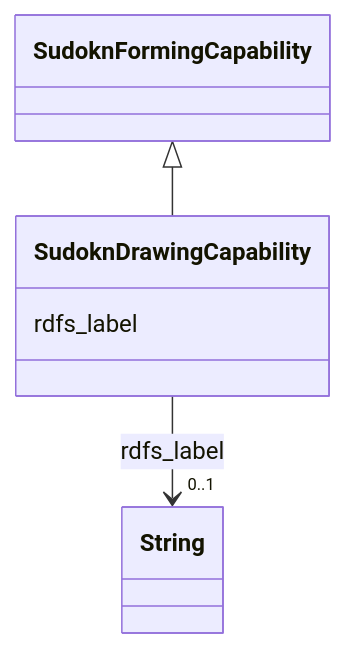
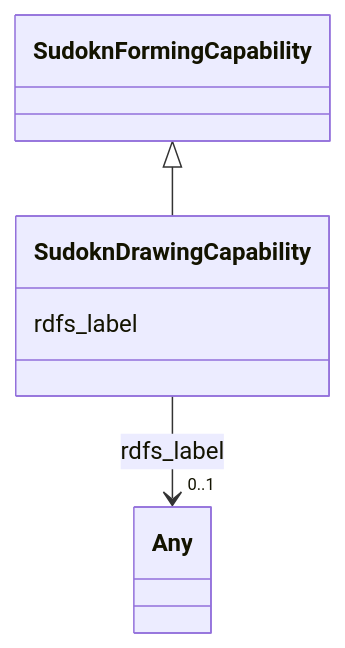
The diagram in sudokn-kg/classes/SudoknDrawingCapability.md (frink-okn/graph-descriptions), drawn with Mermaid before and after one commit. The commit also changed other lines of this file and 903 other files, not shown here.

````diff
--- a/sudokn-kg/classes/SudoknDrawingCapability.md
+++ b/sudokn-kg/classes/SudoknDrawingCapability.md
@@ -23,18 +18,18 @@
 ```mermaid
  classDiagram
     class SudoknDrawingCapability
     click SudoknDrawingCapability href "../SudoknDrawingCapability"
       SudoknFormingCapability <|-- SudoknDrawingCapability
         click SudoknFormingCapability href "../SudoknFormingCapability"
       
       SudoknDrawingCapability : rdfs_label
         
           
     
     
-    SudoknDrawingCapability --> "0..1" String : rdfs_label
-    click String href "../String"
+    SudoknDrawingCapability --> "0..1" Any : rdfs_label
+    click Any href "../Any"
 
         
       
 ```
````
